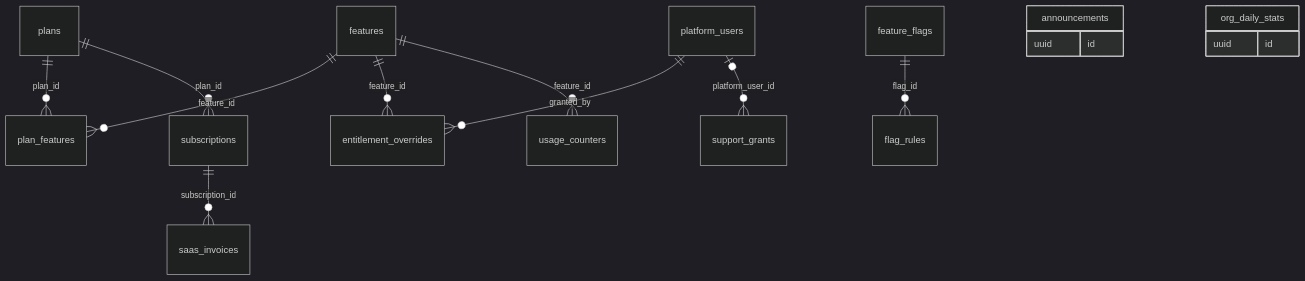
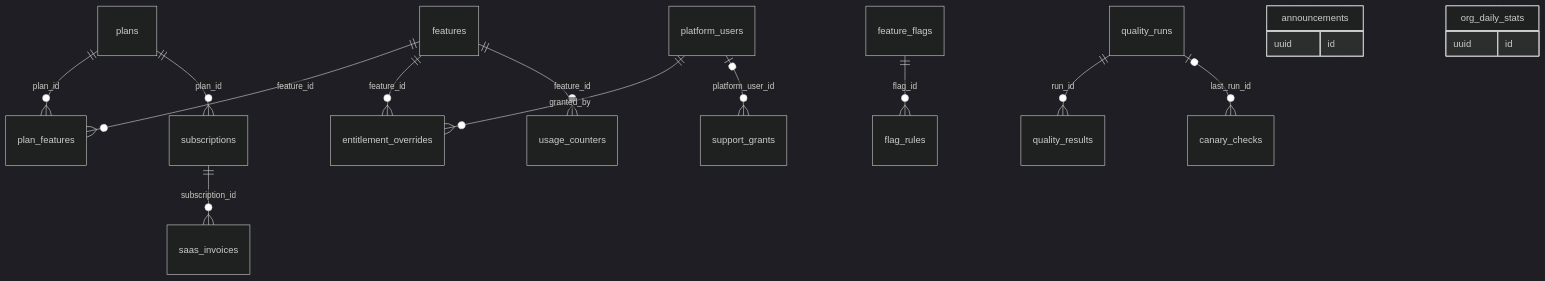
The second of 13 diagrams in docs/database.md (sakalyatechnologies/aarogyam), drawn with Mermaid (dark theme) before and after one commit. The commit also changed other lines of this file and 3 other files, not shown here.

First line of the commit message:
docs(schema): quality tables for the super admin test dashboard

````diff
--- a/docs/database.md
+++ b/docs/database.md
@@ -115,18 +121,20 @@
 ```mermaid
 erDiagram
   plans ||--o{ plan_features : "plan_id"
   features ||--o{ plan_features : "feature_id"
   plans ||--o{ subscriptions : "plan_id"
   subscriptions ||--o{ saas_invoices : "subscription_id"
   features ||--o{ entitlement_overrides : "feature_id"
   platform_users ||--o{ entitlement_overrides : "granted_by"
   features ||--o{ usage_counters : "feature_id"
   feature_flags ||--o{ flag_rules : "flag_id"
   platform_users |o--o{ support_grants : "platform_user_id"
+  quality_runs ||--o{ quality_results : "run_id"
+  quality_runs |o--o{ canary_checks : "last_run_id"
   announcements {
     uuid id
   }
   org_daily_stats {
     uuid id
   }
 ```
````
